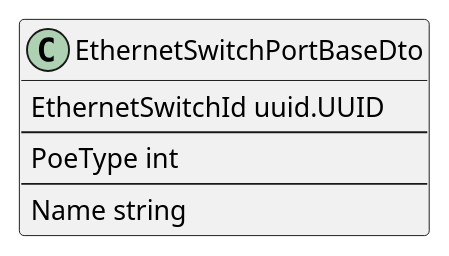
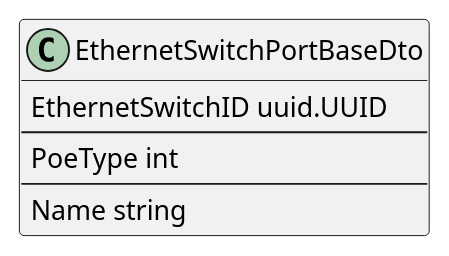
The diagram in docs/plantuml/dto/EthernetSwitchPort/EthernetSwitchPortBaseDto.puml (lf-edge/rol), drawn with PlantUML before and after one commit. The commit also changed 5 other files, not shown here.

```diff
--- a/docs/plantuml/dto/EthernetSwitchPort/EthernetSwitchPortBaseDto.puml
+++ b/docs/plantuml/dto/EthernetSwitchPort/EthernetSwitchPortBaseDto.puml
@@ -1,11 +1,11 @@
 @startuml EthernetSwitchPortBaseDto
 
 class EthernetSwitchPortBaseDto {
-    EthernetSwitchId uuid.UUID
+    EthernetSwitchID uuid.UUID
     --
     PoeType int
     --
     Name string
 }
 
 @enduml
```
